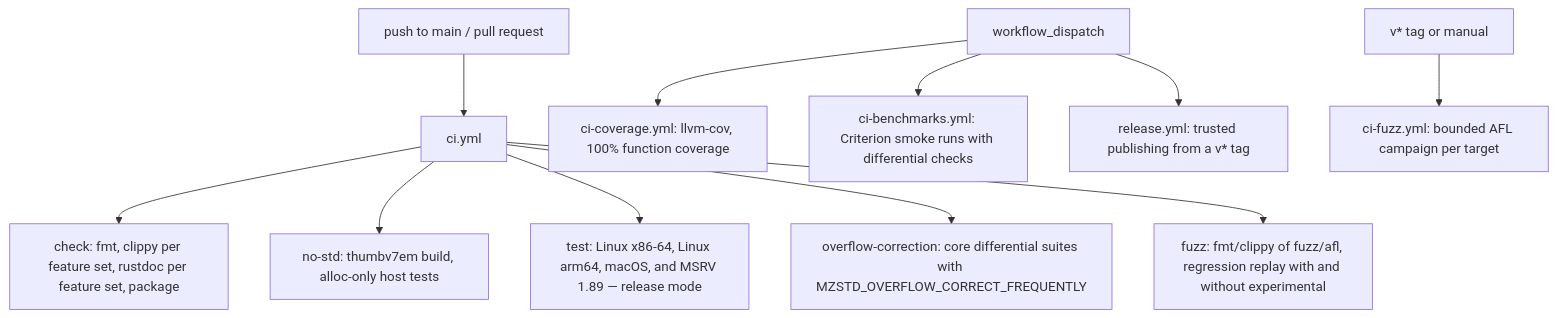
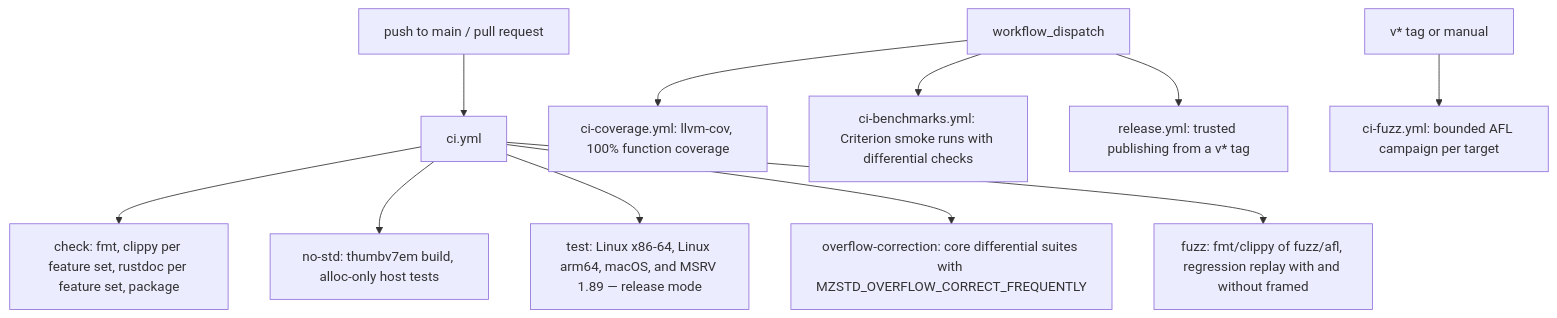
The diagram in architecture/ci.md (M-Compressors/mzstd), drawn with Mermaid before and after one commit. The commit also changed other lines of this file and 94 other files, not shown here.

````diff
--- a/architecture/ci.md
+++ b/architecture/ci.md
@@ -7,13 +7,13 @@
 ```mermaid
 graph TD
     Push[push to main / pull request] --> CI[ci.yml]
     CI --> Check["check: fmt, clippy per feature set, rustdoc per feature set, package"]
     CI --> NoStd["no-std: thumbv7em build, alloc-only host tests"]
     CI --> Test["test: Linux x86-64, Linux arm64, macOS, and MSRV 1.89 — release mode"]
     CI --> OCF["overflow-correction: core differential suites with MZSTD_OVERFLOW_CORRECT_FREQUENTLY"]
-    CI --> Fuzz["fuzz: fmt/clippy of fuzz/afl, regression replay with and without experimental"]
+    CI --> Fuzz["fuzz: fmt/clippy of fuzz/afl, regression replay with and without framed"]
     Manual[workflow_dispatch] --> Cov["ci-coverage.yml: llvm-cov, 100% function coverage"]
     Manual --> Bench["ci-benchmarks.yml: Criterion smoke runs with differential checks"]
     Tag[v* tag or manual] --> Camp["ci-fuzz.yml: bounded AFL campaign per target"]
     Manual --> Rel["release.yml: trusted publishing from a v* tag"]
 ```
````
